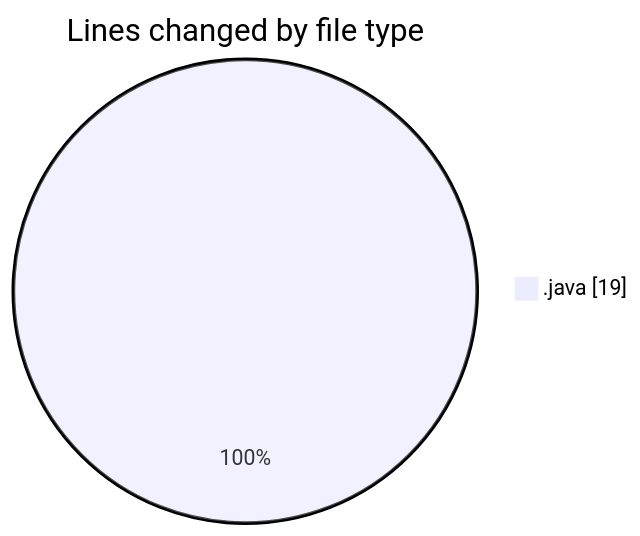
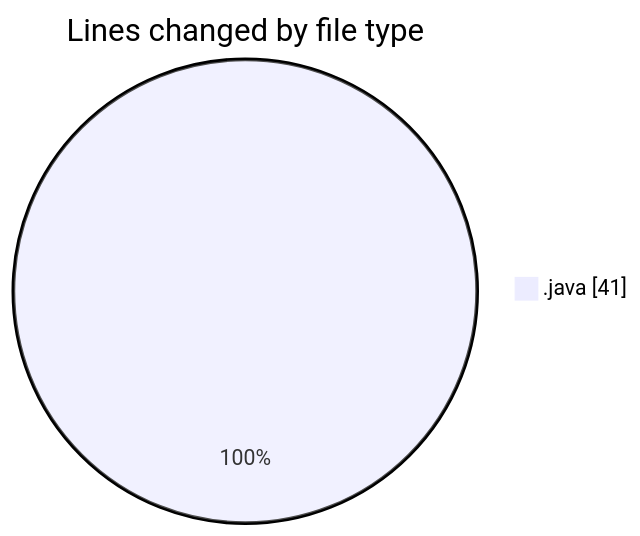
The first of 2 diagrams in 2026-03-08/java_basics/README.md (hasnaa123/code-tracking), drawn with Mermaid before and after one commit. The commit also changed other lines of this file and 1 other file, not shown here.

````diff
--- a/2026-03-08/java_basics/README.md
+++ b/2026-03-08/java_basics/README.md
@@ -20,5 +20,5 @@
 ```mermaid
 pie showData
 title Lines changed by file type
-".java" : 19
+".java" : 41
 ```
````
